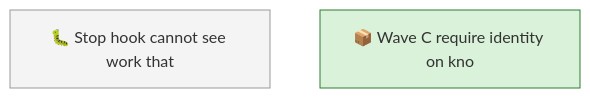
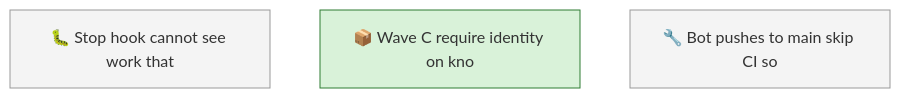
Before and after one commit to SpillwaveSolutions/wiki_ticket_sdd: the first of 2 diagrams in docs/roadmap.md, drawn with Mermaid. The commit also changed other lines of this file and 6 other files, not shown here.

First line of the commit message:
chore: file the bot-push CI blind spot (01M09DEB5YMZRHRBZB8GADMKY0)

````diff
--- a/docs/roadmap.md
+++ b/docs/roadmap.md
@@ -51,9 +52,10 @@
 ```mermaid
 graph TD
     01M032YRXR61XAJBBNP355AVQW["🐛 Stop hook cannot see work that"]
     01M06BRQPQ8408XTDYTMY2JYFE["📦 Wave C require identity on kno"]
+    01M09DEB5YMZRHRBZB8GADMKY0["🔧 Bot pushes to main skip CI so"]
     classDef todo fill:#f4f4f4,stroke:#999999
-    class 01M032YRXR61XAJBBNP355AVQW todo
+    class 01M032YRXR61XAJBBNP355AVQW,01M09DEB5YMZRHRBZB8GADMKY0 todo
     classDef in_progress fill:#d9f2d9,stroke:#2e7d32
     class 01M06BRQPQ8408XTDYTMY2JYFE in_progress
 ```
````
